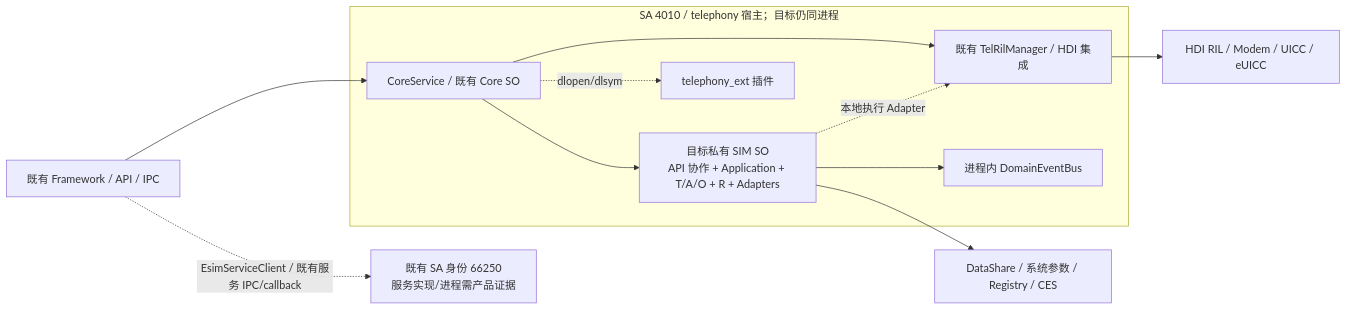
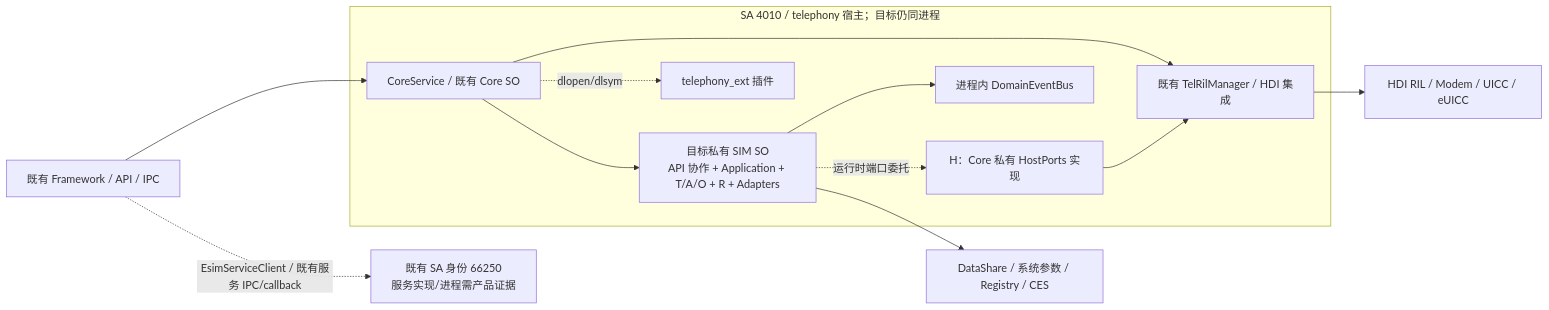
The second of 6 diagrams in telephony_core_service/docs/SIM_Architecture_Layering_and_Migration_Design.md (zjuluowu/multisim), drawn with Mermaid before and after one commit. The commit also changed other lines of this file and 2 other files, not shown here.

First line of the commit message:
docs(sim): align architecture layering and migration guidance

````diff
--- a/telephony_core_service/docs/SIM_Architecture_Layering_and_Migration_Design.md
+++ b/telephony_core_service/docs/SIM_Architecture_Layering_and_Migration_Design.md
@@ -217,14 +161,15 @@
 ```mermaid
 flowchart LR
     APP["既有 Framework / API / IPC"] --> CORE
     subgraph HOST["SA 4010 / telephony 宿主；目标仍同进程"]
         CORE["CoreService / 既有 Core SO"] --> SIMSO["目标私有 SIM SO<br/>API 协作 + Application + T/A/O + R + Adapters"]
         CORE --> RIL["既有 TelRilManager / HDI 集成"]
         CORE -.dlopen/dlsym.-> EXT["telephony_ext 插件"]
-        SIMSO -.本地执行 Adapter.-> RIL
+        SIMSO -.运行时端口委托.-> HP["H：Core 私有 HostPorts 实现"]
+        HP --> RIL
         SIMSO --> BUS["进程内 DomainEventBus"]
     end
     APP -.EsimServiceClient / 既有服务 IPC/callback.-> SA66250["既有 SA 身份 66250<br/>服务实现/进程需产品证据"]
     SIMSO --> DS["DataShare / 系统参数 / Registry / CES"]
     RIL --> MODEM["HDI RIL / Modem / UICC / eUICC"]
 ```
````
